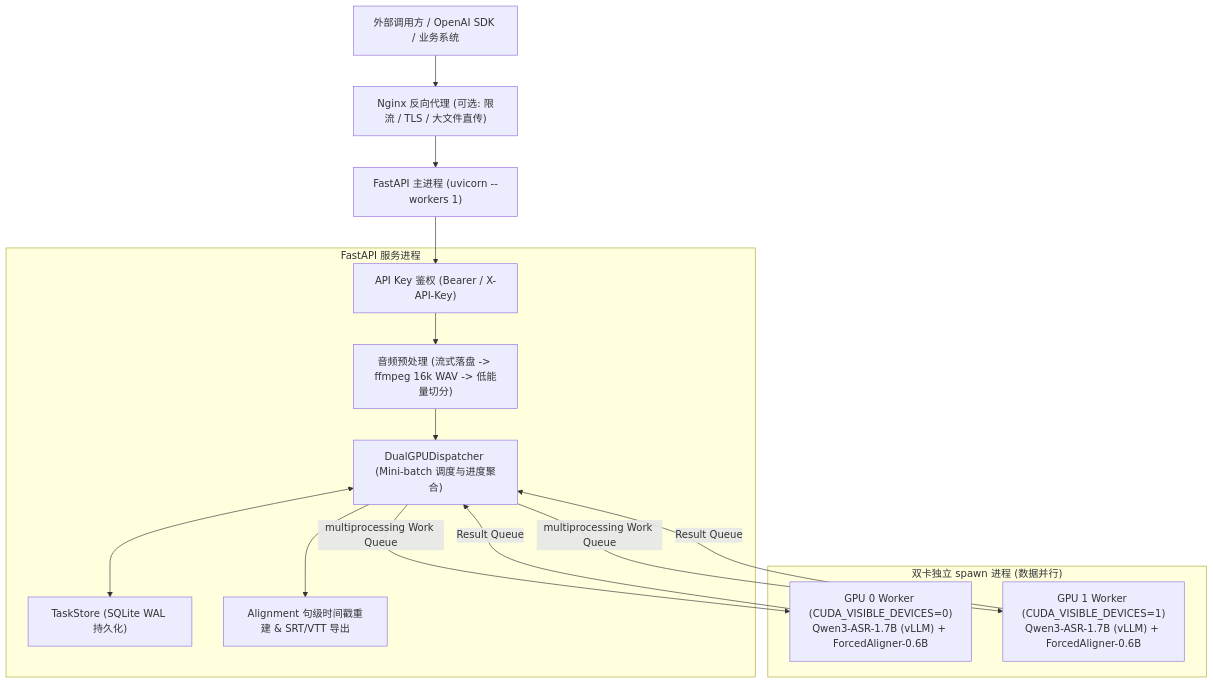
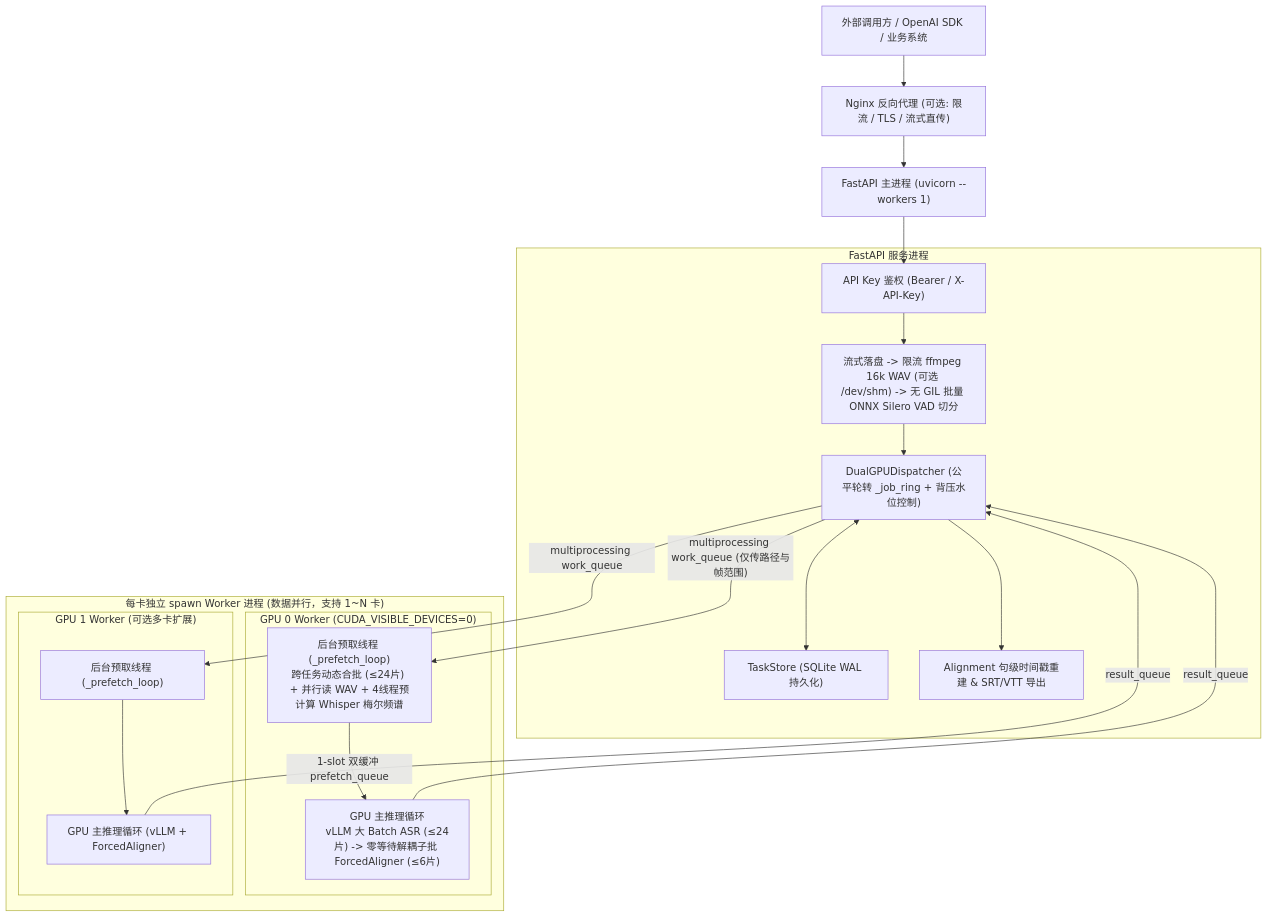
One commit to chosenecho/asr-dep changed the diagram in docs/ARCHITECTURE.md. Above: the diagram before and after it, drawn with Mermaid. The commit also changed other lines of this file and 4 other files, not shown here.

Commit message:
docs: refresh ARCHITECTURE, DEPLOYMENT, API docs and add MIT LICENSE for qwen3-asr-server

````diff
--- a/docs/ARCHITECTURE.md
+++ b/docs/ARCHITECTURE.md
@@ -9,27 +9,35 @@
 ```mermaid
 flowchart TD
-    Client["外部调用方 / OpenAI SDK / 业务系统"] --> Nginx["Nginx 反向代理 (可选: 限流 / TLS / 大文件直传)"]
+    Client["外部调用方 / OpenAI SDK / 业务系统"] --> Nginx["Nginx 反向代理 (可选: 限流 / TLS / 流式直传)"]
     Nginx --> API["FastAPI 主进程 (uvicorn --workers 1)"]
 
     subgraph Core["FastAPI 服务进程"]
         Auth["API Key 鉴权 (Bearer / X-API-Key)"]
         Store["TaskStore (SQLite WAL 持久化)"]
-        Audio["音频预处理 (流式落盘 -> ffmpeg 16k WAV -> 低能量切分)"]
-        Disp["DualGPUDispatcher (Mini-batch 调度与进度聚合)"]
+        Audio["流式落盘 -> 限流 ffmpeg 16k WAV (可选 /dev/shm) -> 无 GIL 批量 ONNX Silero VAD 切分"]
+        Sched["DualGPUDispatcher (公平轮转 _job_ring + 背压水位控制)"]
         Align["Alignment 句级时间戳重建 & SRT/VTT 导出"]
     end
 
-    API --> Auth --> Audio --> Disp
-    Disp <--> Store
-    Disp --> Align
+    API --> Auth --> Audio --> Sched
+    Sched <--> Store
+    Sched --> Align
 
-    subgraph Workers["双卡独立 spawn 进程 (数据并行)"]
-        W0["GPU 0 Worker (CUDA_VISIBLE_DEVICES=0)\nQwen3-ASR-1.7B (vLLM) + ForcedAligner-0.6B"]
-        W1["GPU 1 Worker (CUDA_VISIBLE_DEVICES=1)\nQwen3-ASR-1.7B (vLLM) + ForcedAligner-0.6B"]
+    subgraph Workers["每卡独立 spawn Worker 进程 (数据并行，支持 1~N 卡)"]
+        subgraph W0["GPU 0 Worker (CUDA_VISIBLE_DEVICES=0)"]
+            P0["后台预取线程 (_prefetch_loop)<br/>跨任务动态合批 (≤24片) + 并行读 WAV + 4线程预计算 Whisper 梅尔频谱"]
+            G0["GPU 主推理循环<br/>vLLM 大 Batch ASR (≤24片) -> 零等待解耦子批 ForcedAligner (≤6片)"]
+            P0 -- "1-slot 双缓冲 prefetch_queue" --> G0
+        end
+        subgraph W1["GPU 1 Worker (可选多卡扩展)"]
+            P1["后台预取线程 (_prefetch_loop)"]
+            G1["GPU 主推理循环 (vLLM + ForcedAligner)"]
+            P1 --> G1
+        end
     end
 
-    Disp -- "multiprocessing Work Queue" --> W0
-    Disp -- "multiprocessing Work Queue" --> W1
-    W0 -- "Result Queue" --> Disp
-    W1 -- "Result Queue" --> Disp
+    Sched -- "multiprocessing work_queue (仅传路径与帧范围)" --> P0
+    Sched -- "multiprocessing work_queue" --> P1
+    G0 -- "result_queue" --> Sched
+    G1 -- "result_queue" --> Sched
 ```
````
